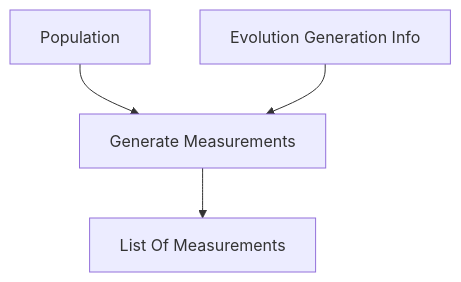
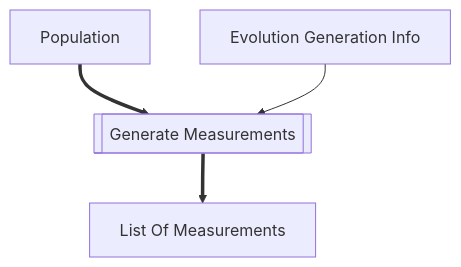
One commit to evolvablehardware/BitstreamEvolution changed the tenth of 22 diagrams in docs/sphinx/source/architecture/index.rst. Above: the diagram before and after it, drawn with Mermaid. The commit also changed other lines of this file and 5 other files, not shown here.

Commit message:
updated the Architectural description to finally translate it off of the images of slides.

```diff
--- a/docs/sphinx/source/architecture/index.rst
+++ b/docs/sphinx/source/architecture/index.rst
@@ -188,11 +281,11 @@
 .. mermaid::
 
    flowchart TD
        pop["Population"]
        geninfo["Evolution Generation Info"]
-       gen["Generate Measurements"]
+       gen[["Generate Measurements"]]
        list["List Of Measurements"]
 
-       pop --> gen
+       pop ==> gen
        geninfo --> gen
-       gen --> list
+       gen ==> list
```
